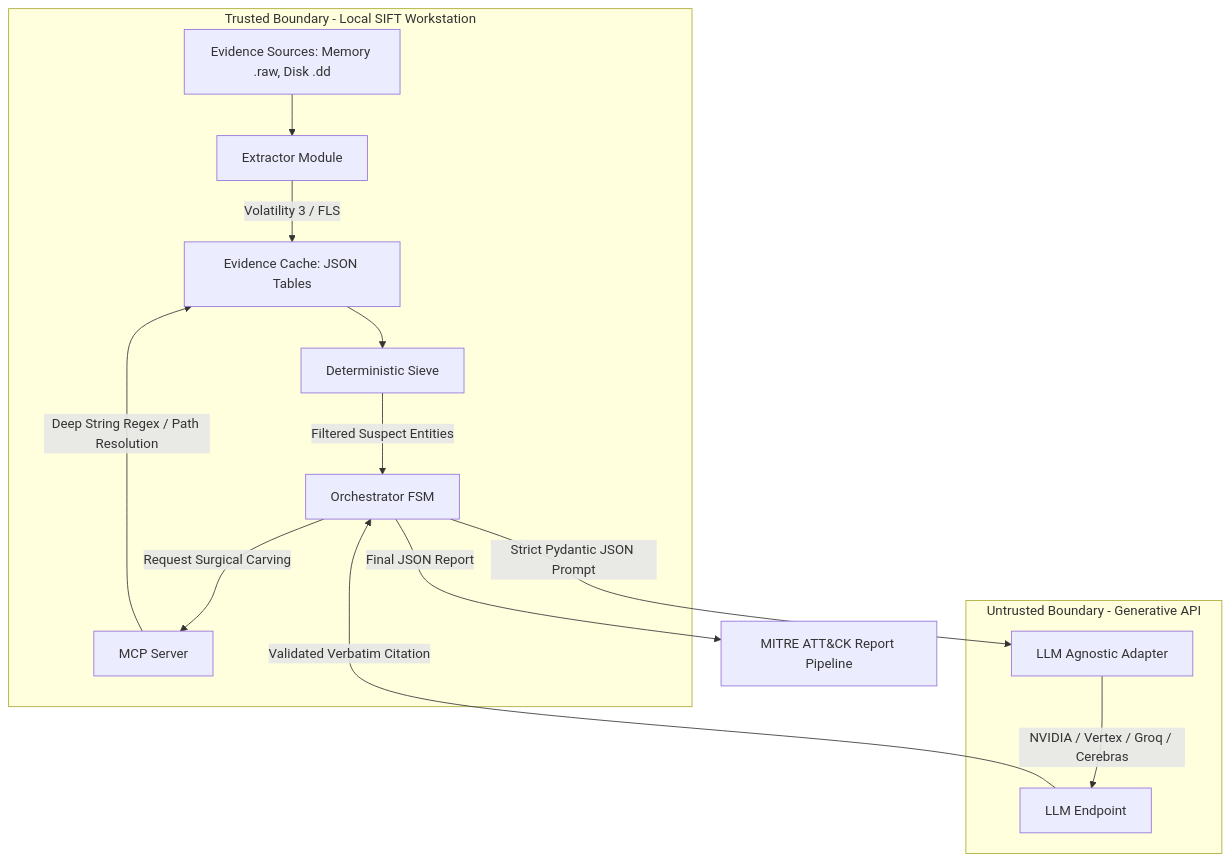
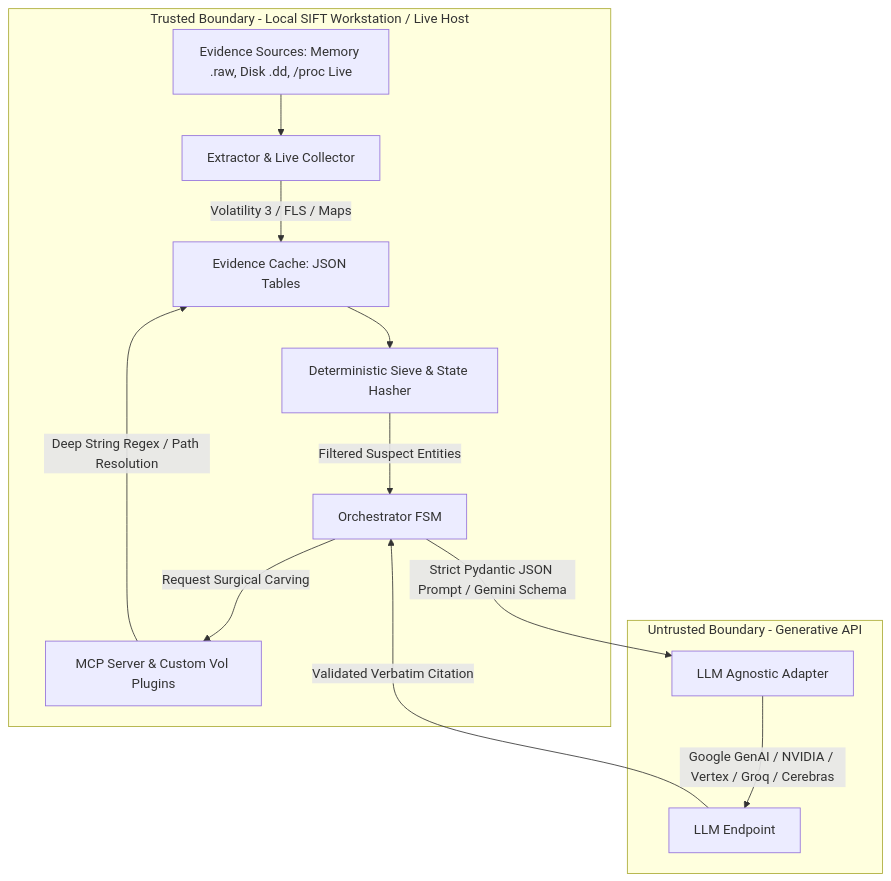
One commit to codebyangelo/project-mantis changed the diagram in README.md. Above: the diagram before and after it, drawn with Mermaid. The commit also changed other lines of this file and 34 other files, not shown here.

````diff
--- a/README.md
+++ b/README.md
@@ -25,20 +19,18 @@
 ```mermaid
 graph TD
-    subgraph SIFT Workstation [Trusted Boundary - Local SIFT Workstation]
-        A[Evidence Sources: Memory .raw, Disk .dd] --> B[Extractor Module]
-        B -->|Volatility 3 / FLS| C[Evidence Cache: JSON Tables]
-        C --> D[Deterministic Sieve]
+    subgraph SIFT Workstation [Trusted Boundary - Local SIFT Workstation / Live Host]
+        A[Evidence Sources: Memory .raw, Disk .dd, /proc Live] --> B[Extractor & Live Collector]
+        B -->|Volatility 3 / FLS / Maps| C[Evidence Cache: JSON Tables]
+        C --> D[Deterministic Sieve & State Hasher]
         D -->|Filtered Suspect Entities| E[Orchestrator FSM]
         
-        E -->|Request Surgical Carving| F[MCP Server]
+        E -->|Request Surgical Carving| F[MCP Server & Custom Vol Plugins]
         F -->|Deep String Regex / Path Resolution| C
     end
     
     subgraph External Provider [Untrusted Boundary - Generative API]
-        E -->|Strict Pydantic JSON Prompt| G[LLM Agnostic Adapter]
-        G -->|NVIDIA / Vertex / Groq / Cerebras| H[LLM Endpoint]
+        E -->|Strict Pydantic JSON Prompt / Gemini Schema| G[LLM Agnostic Adapter]
+        G -->|Google GenAI / NVIDIA / Vertex / Groq / Cerebras| H[LLM Endpoint]
         H -->|Validated Verbatim Citation| E
     end
-    
-    E -->|Final JSON Report| I[MITRE ATT&CK Report Pipeline]
 ```
````
